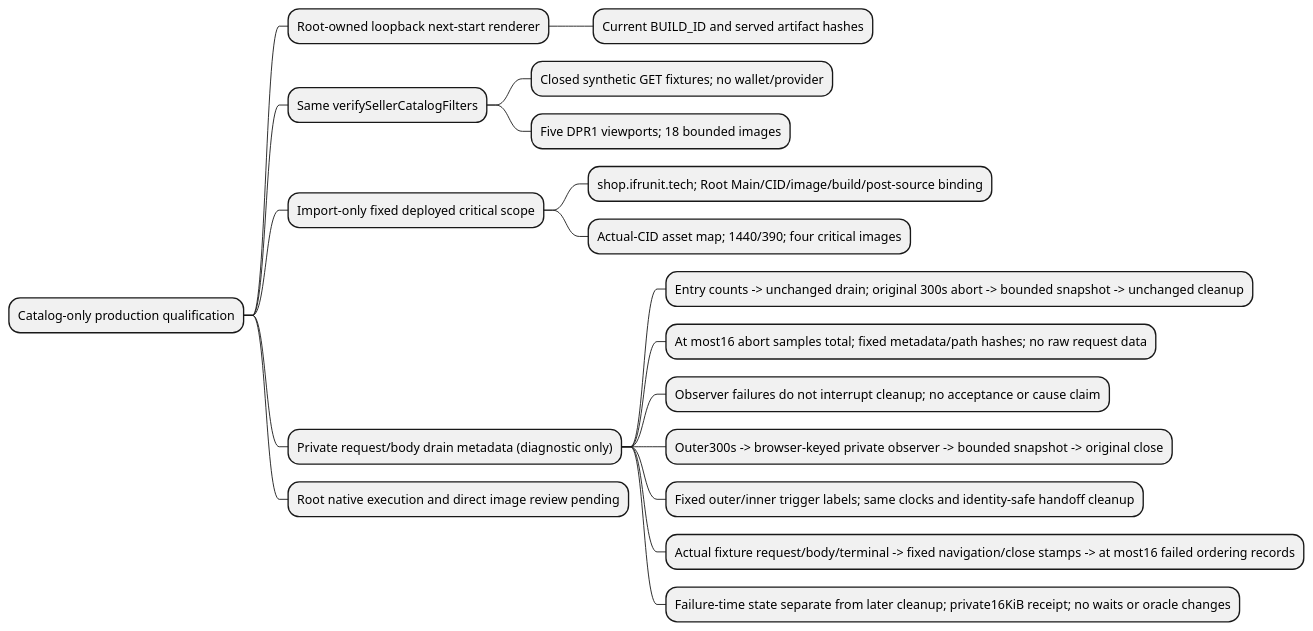
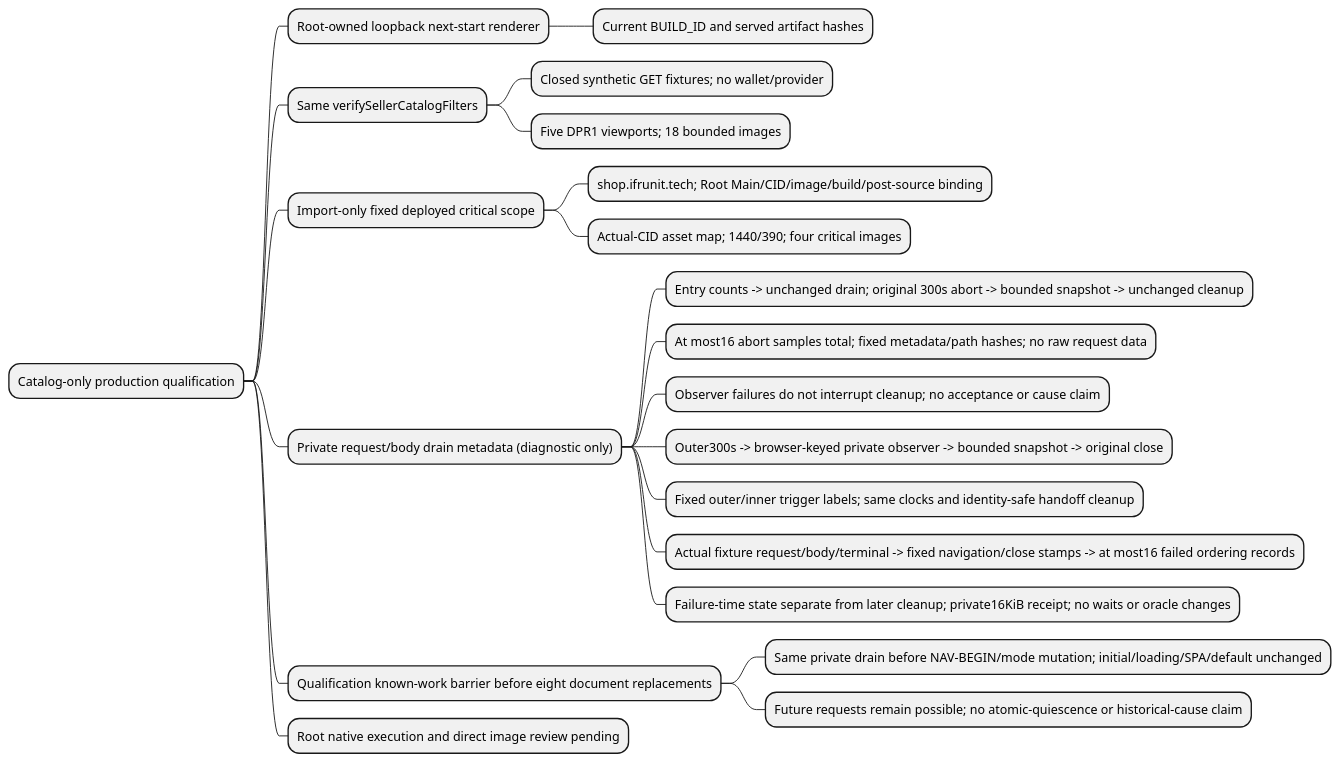
Diagram 26 of 26 in docs/architecture/map.puml (NeaBouli/inferno), drawn with PlantUML before and after one commit. The commit also changed 3 other files, not shown here.

Commit message:
test(catalog): drain known work before document replacements

```diff
--- a/docs/architecture/map.puml
+++ b/docs/architecture/map.puml
@@ -414,20 +414,23 @@
 @startmindmap catalog_production_qualification_419
 * Catalog-only production qualification
 ** Root-owned loopback next-start renderer
 *** Current BUILD_ID and served artifact hashes
 ** Same verifySellerCatalogFilters
 *** Closed synthetic GET fixtures; no wallet/provider
 *** Five DPR1 viewports; 18 bounded images
 ** Import-only fixed deployed critical scope
 *** shop.ifrunit.tech; Root Main/CID/image/build/post-source binding
 *** Actual-CID asset map; 1440/390; four critical images
 ** Private request/body drain metadata (diagnostic only)
 *** Entry counts -> unchanged drain; original 300s abort -> bounded snapshot -> unchanged cleanup
 *** At most16 abort samples total; fixed metadata/path hashes; no raw request data
 *** Observer failures do not interrupt cleanup; no acceptance or cause claim
 *** Outer300s -> browser-keyed private observer -> bounded snapshot -> original close
 *** Fixed outer/inner trigger labels; same clocks and identity-safe handoff cleanup
 *** Actual fixture request/body/terminal -> fixed navigation/close stamps -> at most16 failed ordering records
 *** Failure-time state separate from later cleanup; private16KiB receipt; no waits or oracle changes
+** Qualification known-work barrier before eight document replacements
+*** Same private drain before NAV-BEGIN/mode mutation; initial/loading/SPA/default unchanged
+*** Future requests remain possible; no atomic-quiescence or historical-cause claim
 ** Root native execution and direct image review pending
 @endmindmap
```
